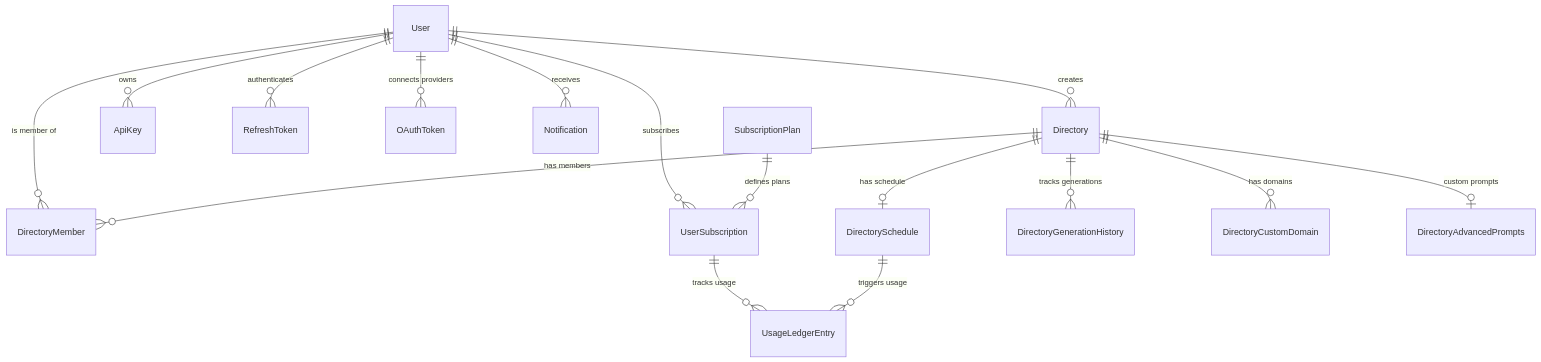
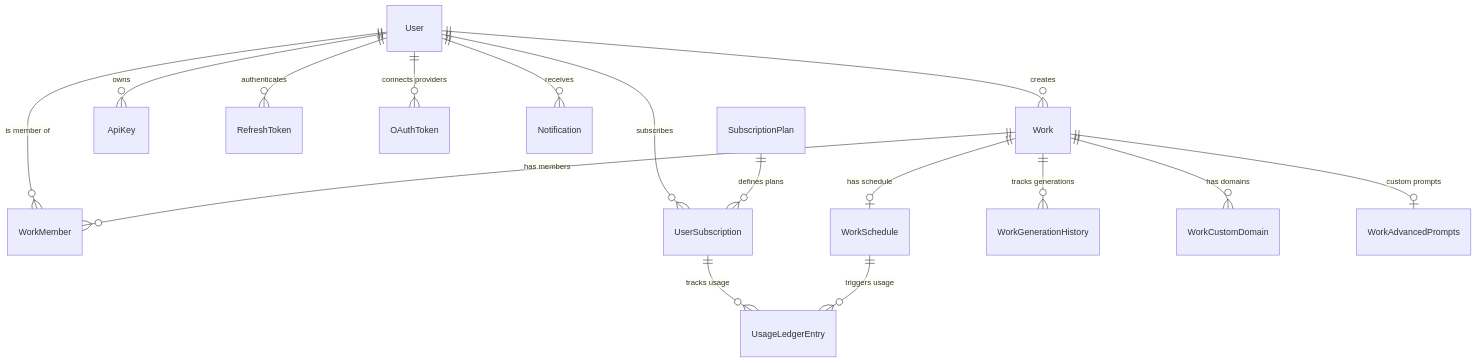
The diagram in docs/agent-services/entities-module.md (ever-works/ever-works), drawn with Mermaid before and after one commit. The commit also changed other lines of this file and 395 other files, not shown here.

````diff
--- a/docs/agent-services/entities-module.md
+++ b/docs/agent-services/entities-module.md
@@ -39,20 +39,20 @@
 ```mermaid
 erDiagram
-    User ||--o{ Directory : creates
-    User ||--o{ DirectoryMember : "is member of"
+    User ||--o{ Work : creates
+    User ||--o{ WorkMember : "is member of"
     User ||--o{ UserSubscription : subscribes
     User ||--o{ ApiKey : owns
     User ||--o{ RefreshToken : authenticates
     User ||--o{ OAuthToken : "connects providers"
     User ||--o{ Notification : receives
 
-    Directory ||--o{ DirectoryMember : "has members"
-    Directory ||--o| DirectorySchedule : "has schedule"
-    Directory ||--o{ DirectoryGenerationHistory : "tracks generations"
-    Directory ||--o{ DirectoryCustomDomain : "has domains"
-    Directory ||--o| DirectoryAdvancedPrompts : "custom prompts"
+    Work ||--o{ WorkMember : "has members"
+    Work ||--o| WorkSchedule : "has schedule"
+    Work ||--o{ WorkGenerationHistory : "tracks generations"
+    Work ||--o{ WorkCustomDomain : "has domains"
+    Work ||--o| WorkAdvancedPrompts : "custom prompts"
 
     SubscriptionPlan ||--o{ UserSubscription : "defines plans"
     UserSubscription ||--o{ UsageLedgerEntry : "tracks usage"
-    DirectorySchedule ||--o{ UsageLedgerEntry : "triggers usage"
+    WorkSchedule ||--o{ UsageLedgerEntry : "triggers usage"
 ```
````
